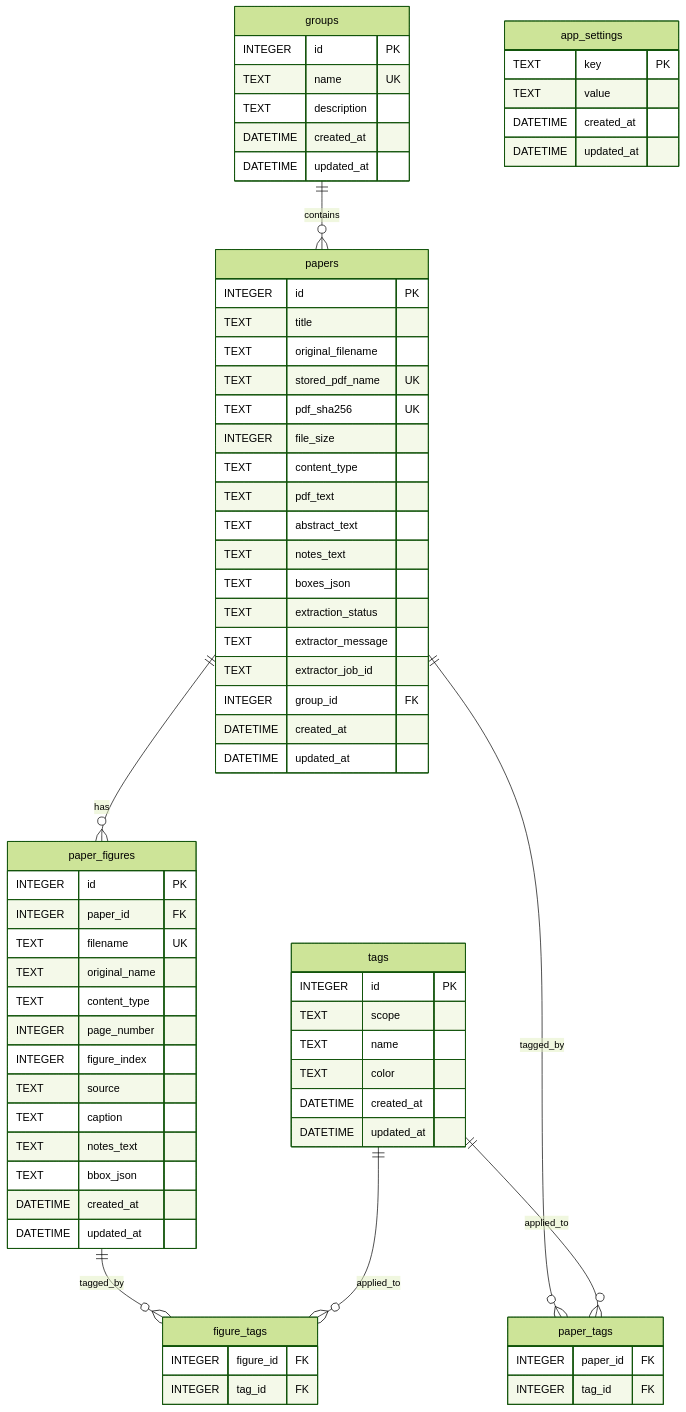
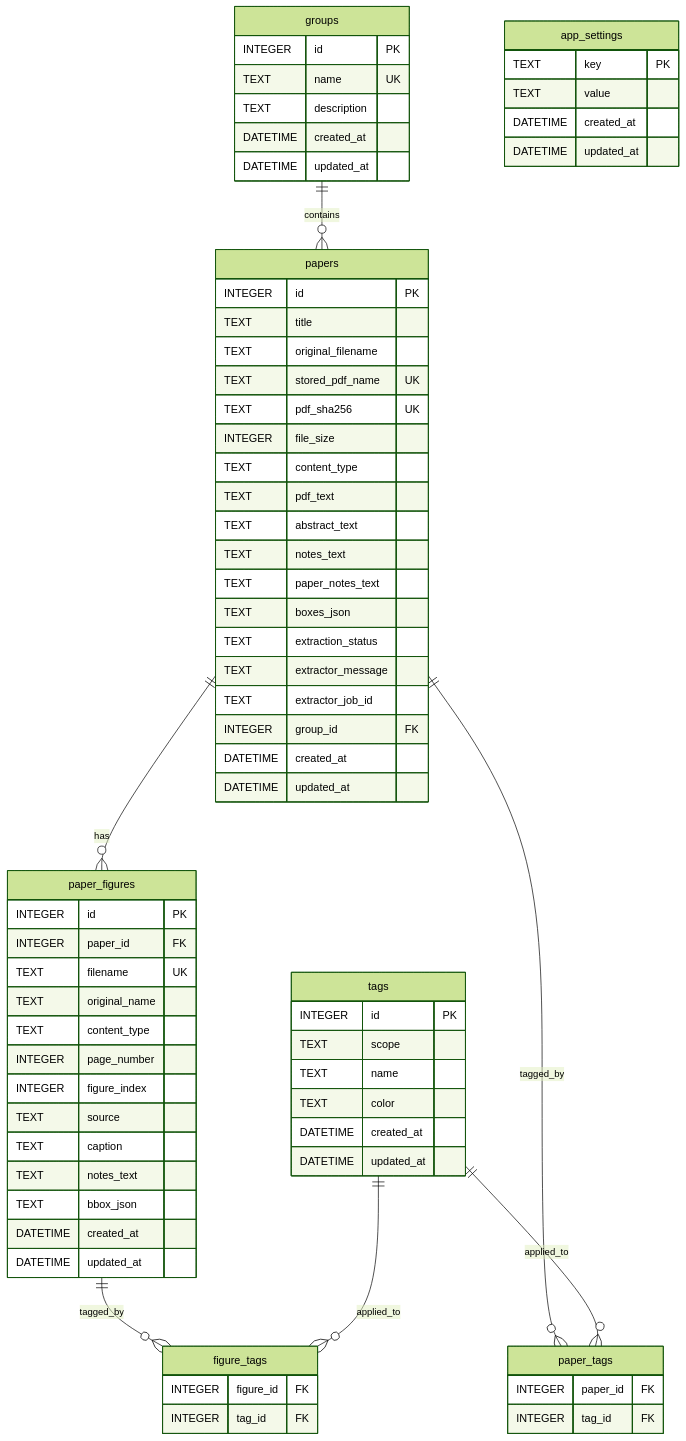
Before and after one commit to xuzhougeng/citebox: the diagram in docs/database.md, drawn with Mermaid (forest theme). The commit also changed other lines of this file and 16 other files, not shown here.

Commit message:
Split paper notes from management notes

````diff
--- a/docs/database.md
+++ b/docs/database.md
@@ -15,79 +15,80 @@
 ```mermaid
 erDiagram
     groups ||--o{ papers : contains
     papers ||--o{ paper_figures : has
     papers ||--o{ paper_tags : tagged_by
     tags ||--o{ paper_tags : applied_to
     paper_figures ||--o{ figure_tags : tagged_by
     tags ||--o{ figure_tags : applied_to
 
     groups {
         INTEGER id PK
         TEXT name UK
         TEXT description
         DATETIME created_at
         DATETIME updated_at
     }
 
     papers {
         INTEGER id PK
         TEXT title
         TEXT original_filename
         TEXT stored_pdf_name UK
         TEXT pdf_sha256 UK
         INTEGER file_size
         TEXT content_type
         TEXT pdf_text
         TEXT abstract_text
         TEXT notes_text
+        TEXT paper_notes_text
         TEXT boxes_json
         TEXT extraction_status
         TEXT extractor_message
         TEXT extractor_job_id
         INTEGER group_id FK
         DATETIME created_at
         DATETIME updated_at
     }
 
     paper_figures {
         INTEGER id PK
         INTEGER paper_id FK
         TEXT filename UK
         TEXT original_name
         TEXT content_type
         INTEGER page_number
         INTEGER figure_index
         TEXT source
         TEXT caption
         TEXT notes_text
         TEXT bbox_json
         DATETIME created_at
         DATETIME updated_at
     }
 
     tags {
         INTEGER id PK
         TEXT scope
         TEXT name
         TEXT color
         DATETIME created_at
         DATETIME updated_at
     }
 
     paper_tags {
         INTEGER paper_id FK
         INTEGER tag_id FK
     }
 
     figure_tags {
         INTEGER figure_id FK
         INTEGER tag_id FK
     }
 
     app_settings {
         TEXT key PK
         TEXT value
         DATETIME created_at
         DATETIME updated_at
     }
 ```
````
